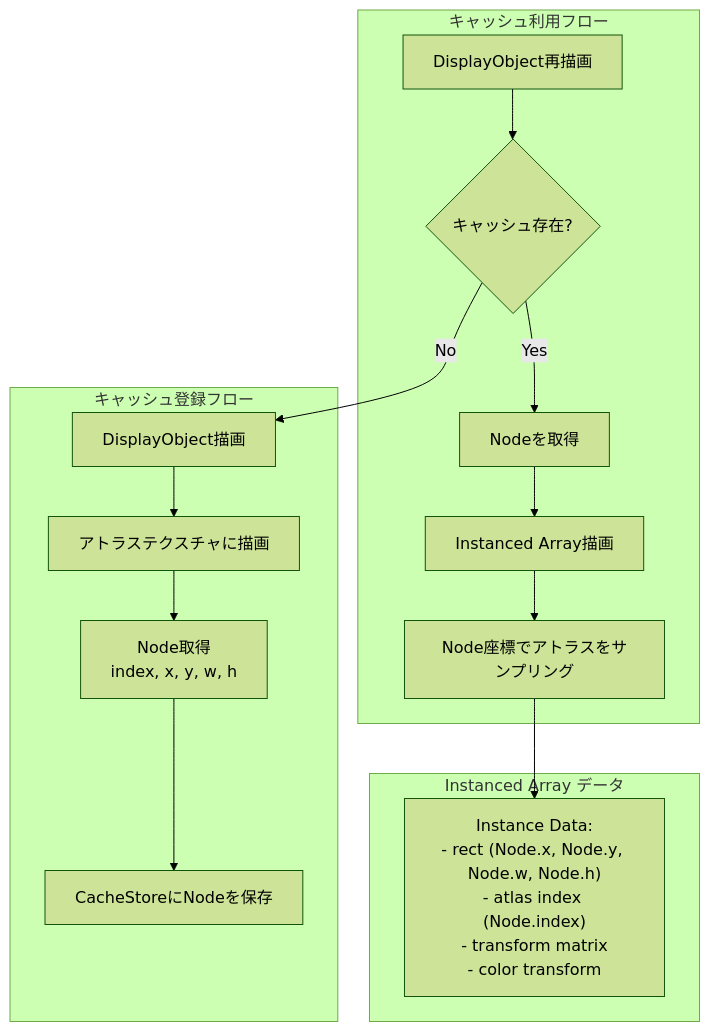
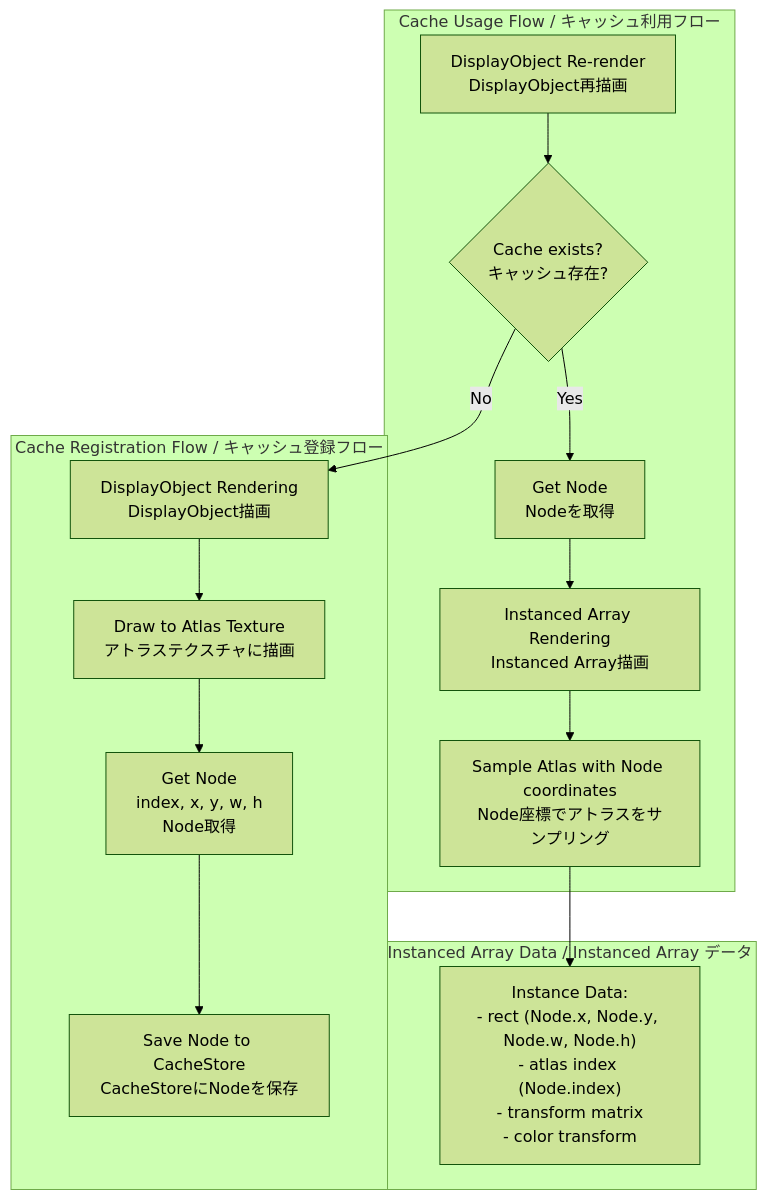
The second of 5 diagrams in packages/cache/README.md (Next2D/player), drawn with Mermaid (forest theme) before and after one commit. The commit also changed other lines of this file, not shown here.

````diff
--- a/packages/cache/README.md
+++ b/packages/cache/README.md
@@ -89,22 +101,22 @@
 ```mermaid
 flowchart TD
-    subgraph "キャッシュ登録フロー"
-        A[DisplayObject描画] --> B[アトラステクスチャに描画]
-        B --> C[Node取得<br/>index, x, y, w, h]
-        C --> D[CacheStoreにNodeを保存]
+    subgraph "Cache Registration Flow / キャッシュ登録フロー"
+        A[DisplayObject Rendering<br/>DisplayObject描画] --> B[Draw to Atlas Texture<br/>アトラステクスチャに描画]
+        B --> C[Get Node<br/>index, x, y, w, h<br/>Node取得]
+        C --> D[Save Node to CacheStore<br/>CacheStoreにNodeを保存]
     end
 
-    subgraph "キャッシュ利用フロー"
-        E[DisplayObject再描画] --> F{キャッシュ存在?}
-        F -->|Yes| G[Nodeを取得]
-        G --> H[Instanced Array描画]
-        H --> I[Node座標でアトラスをサンプリング]
+    subgraph "Cache Usage Flow / キャッシュ利用フロー"
+        E[DisplayObject Re-render<br/>DisplayObject再描画] --> F{Cache exists?<br/>キャッシュ存在?}
+        F -->|Yes| G[Get Node<br/>Nodeを取得]
+        G --> H[Instanced Array Rendering<br/>Instanced Array描画]
+        H --> I[Sample Atlas with Node coordinates<br/>Node座標でアトラスをサンプリング]
         F -->|No| A
     end
 
-    subgraph "Instanced Array データ"
+    subgraph "Instanced Array Data / Instanced Array データ"
         J["Instance Data:<br/>- rect (Node.x, Node.y, Node.w, Node.h)<br/>- atlas index (Node.index)<br/>- transform matrix<br/>- color transform"]
     end
 
     I --> J
 ```
````
